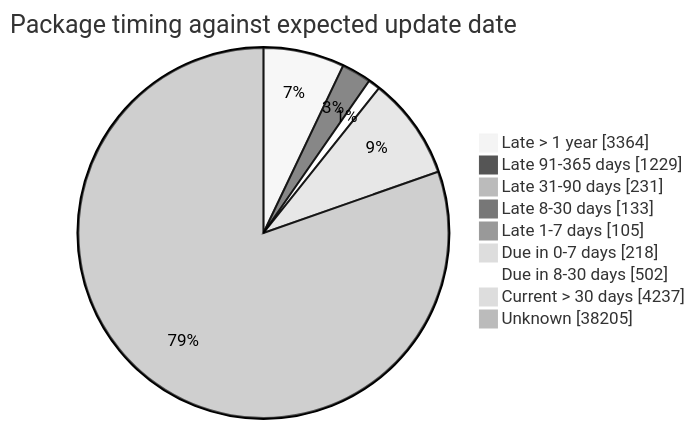
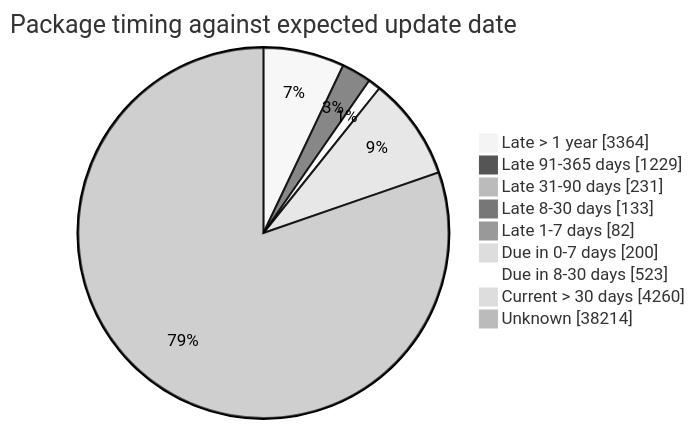
The fourth of 5 diagrams in FreshCheck/README.md (open-data/analytics-corporate-reporting), drawn with Mermaid (neutral theme) before and after one commit. The commit also changed other lines of this file and 3 other files, not shown here.

````diff
--- a/FreshCheck/README.md
+++ b/FreshCheck/README.md
@@ -86,12 +86,12 @@
 ```mermaid
 pie showData title Package timing against expected update date
     "Late > 1 year": 3364
     "Late 91-365 days": 1229
     "Late 31-90 days": 231
     "Late 8-30 days": 133
-    "Late 1-7 days": 105
-    "Due in 0-7 days": 218
-    "Due in 8-30 days": 502
-    "Current > 30 days": 4237
-    "Unknown": 38205
+    "Late 1-7 days": 82
+    "Due in 0-7 days": 200
+    "Due in 8-30 days": 523
+    "Current > 30 days": 4260
+    "Unknown": 38214
 ```
````
